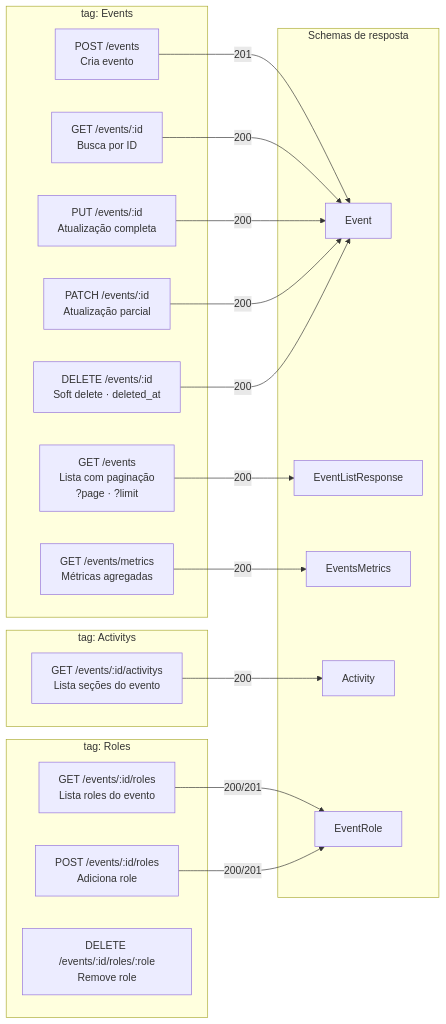
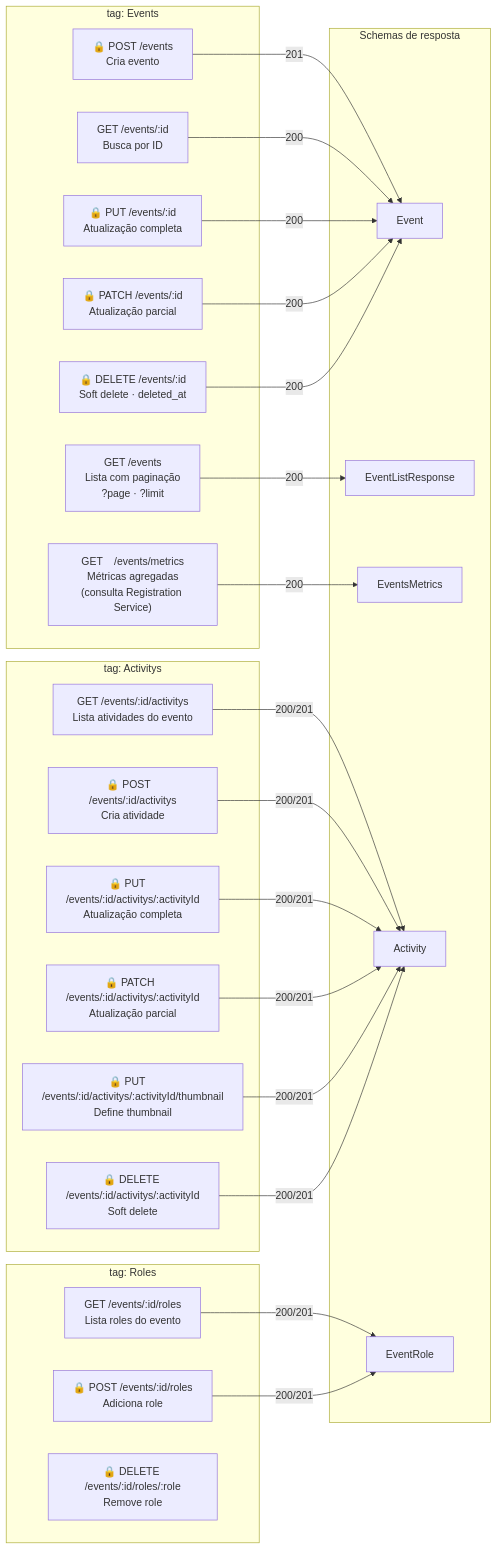
Before and after one commit to pucrs-csw-2026-1/0x-fork-avengers-t2: the fourth of 6 diagrams in README.md, drawn with Mermaid. The commit also changed other lines of this file and 1 other file, not shown here.

````diff
--- a/README.md
+++ b/README.md
@@ -295,37 +384,42 @@
 ```mermaid
 graph LR
     subgraph EVENTS["tag: Events"]
-        E1["POST   /events\nCria evento"]
+        E1["🔒 POST   /events\nCria evento"]
         E2["GET    /events\nLista com paginação\n?page · ?limit"]
-        E3["GET    /events/metrics\nMétricas agregadas"]
+        E3["GET    /events/metrics\nMétricas agregadas\n(consulta Registration Service)"]
         E4["GET    /events/:id\nBusca por ID"]
-        E5["PUT    /events/:id\nAtualização completa"]
-        E6["PATCH  /events/:id\nAtualização parcial"]
-        E7["DELETE /events/:id\nSoft delete · deleted_at"]
+        E5["🔒 PUT    /events/:id\nAtualização completa"]
+        E6["🔒 PATCH  /events/:id\nAtualização parcial"]
+        E7["🔒 DELETE /events/:id\nSoft delete · deleted_at"]
     end
 
-    subgraph SECTIONS["tag: Activitys"]
-        S1["GET /events/:id/activitys\nLista seções do evento"]
+    subgraph ACTIVITIES["tag: Activitys"]
+        A1["GET    /events/:id/activitys\nLista atividades do evento"]
+        A2["🔒 POST   /events/:id/activitys\nCria atividade"]
+        A3["🔒 PUT    /events/:id/activitys/:activityId\nAtualização completa"]
+        A4["🔒 PATCH  /events/:id/activitys/:activityId\nAtualização parcial"]
+        A5["🔒 PUT    /events/:id/activitys/:activityId/thumbnail\nDefine thumbnail"]
+        A6["🔒 DELETE /events/:id/activitys/:activityId\nSoft delete"]
     end
 
     subgraph ROLES["tag: Roles"]
         R1["GET    /events/:id/roles\nLista roles do evento"]
-        R2["POST   /events/:id/roles\nAdiciona role"]
-        R3["DELETE /events/:id/roles/:role\nRemove role"]
+        R2["🔒 POST   /events/:id/roles\nAdiciona role"]
+        R3["🔒 DELETE /events/:id/roles/:role\nRemove role"]
     end
 
     subgraph SCHEMAS["Schemas de resposta"]
         SC1["Event"]
         SC2["EventListResponse"]
         SC3["EventsMetrics"]
         SC4["Activity"]
         SC5["EventRole"]
     end
 
     E1 -->|"201"| SC1
     E2 -->|"200"| SC2
     E3 -->|"200"| SC3
     E4 & E5 & E6 & E7 -->|"200"| SC1
-    S1 -->|"200"| SC4
+    A1 & A2 & A3 & A4 & A5 & A6 -->|"200/201"| SC4
     R1 & R2 -->|"200/201"| SC5
 ```
````
